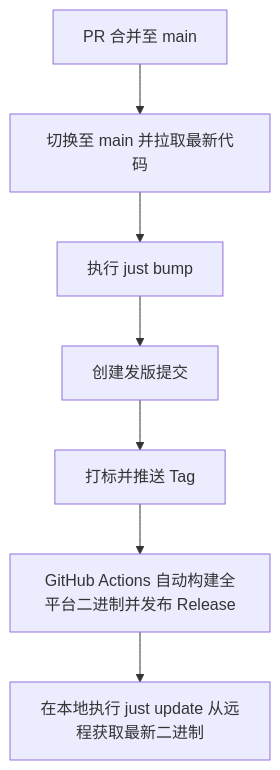
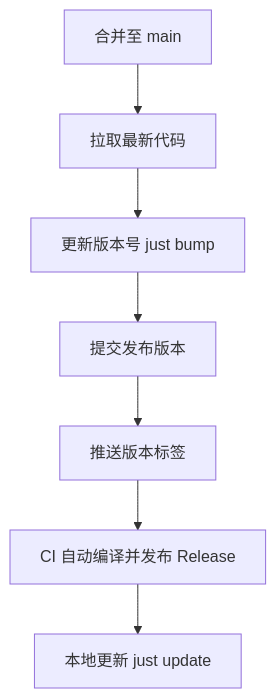
The second of 2 diagrams in CONTRIBUTING.md (0xTimi2233/md-outline), drawn with Mermaid before and after one commit. The commit also changed other lines of this file and 6 other files, not shown here.

````diff
--- a/CONTRIBUTING.md
+++ b/CONTRIBUTING.md
@@ -58,9 +71,9 @@
 ```mermaid
 flowchart TD
-    Merge[PR 合并至 main] --> CheckoutMain[切换至 main 并拉取最新代码]
-    CheckoutMain --> BumpVersion[执行 just bump]
-    BumpVersion --> Commit[创建发版提交]
-    Commit --> Tag[打标并推送 Tag]
-    Tag --> CloudRelease[GitHub Actions 自动构建全平台二进制并发布 Release]
-    CloudRelease --> PullInstall[在本地执行 just update 从远程获取最新二进制]
+    Merge["合并至 main"] --> Checkout["拉取最新代码"]
+    Checkout --> Bump["更新版本号 just bump"]
+    Bump --> Commit["提交发布版本"]
+    Commit --> Tag["推送版本标签"]
+    Tag --> Release["CI 自动编译并发布 Release"]
+    Release --> Update["本地更新 just update"]
 ```
````
